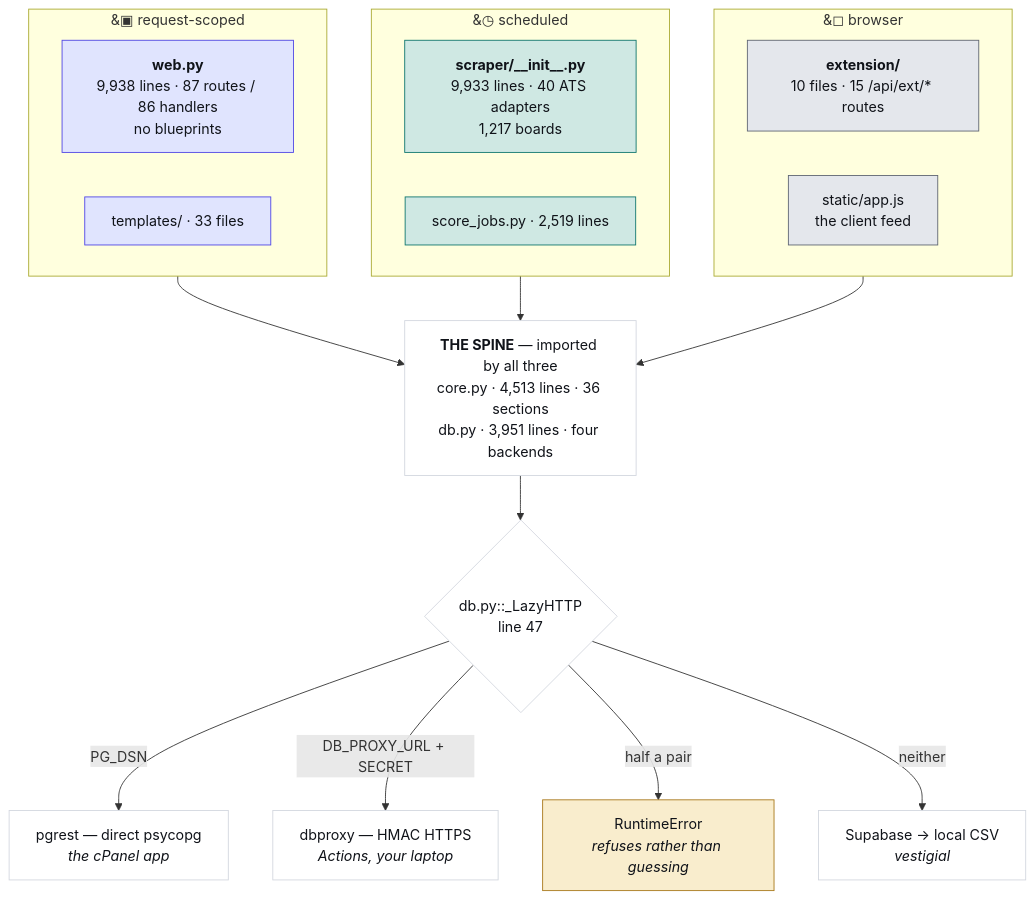
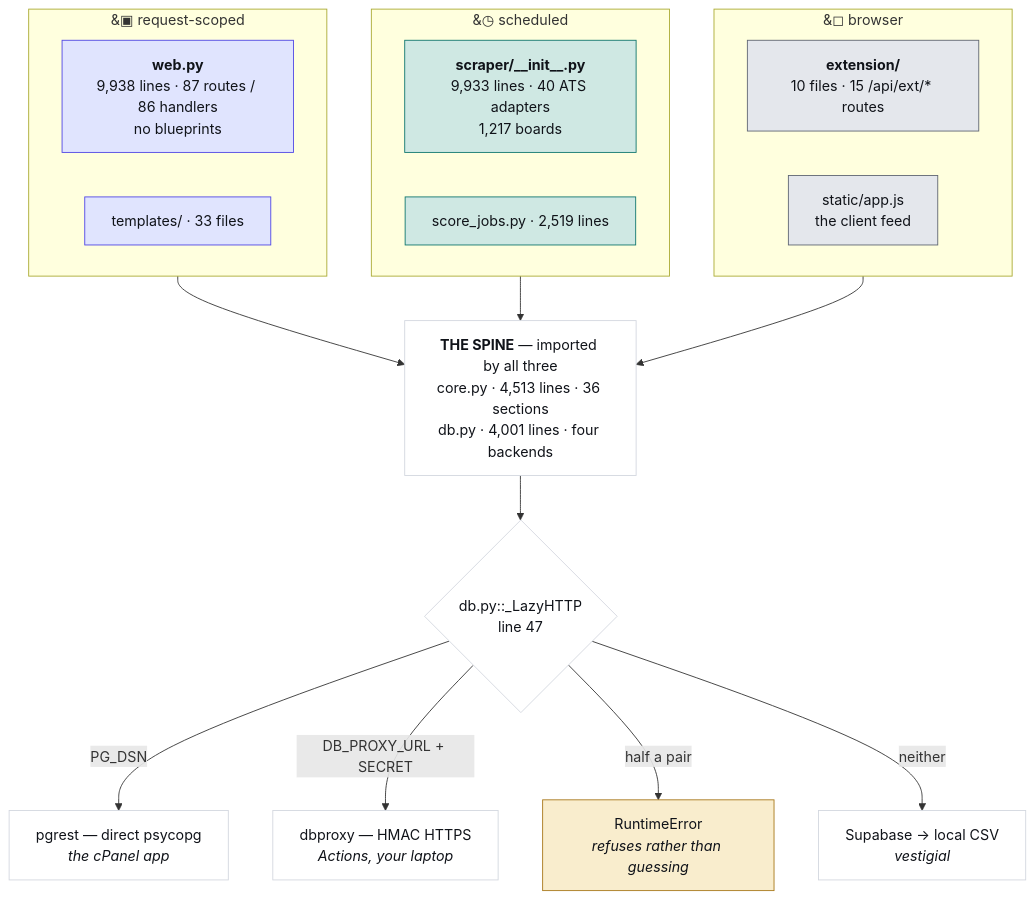
One commit to hadakunal909-debug/job-search-tool changed the first of 4 diagrams in JobMatch Scraper/docs/ARCHITECTURE.md. Above: the diagram before and after it, drawn with Mermaid. The commit also changed 11 other files, not shown here.

````diff
--- a/JobMatch Scraper/docs/ARCHITECTURE.md
+++ b/JobMatch Scraper/docs/ARCHITECTURE.md
@@ -45,34 +45,34 @@
 ```mermaid
 flowchart TB
   subgraph REQ["&#9635; request-scoped"]
     W["<b>web.py</b><br/>9,938 lines · 87 routes / 86 handlers<br/>no blueprints"]
     T["templates/ · 33 files"]
   end
   subgraph SCH["&#9719; scheduled"]
     S["<b>scraper/__init__.py</b><br/>9,933 lines · 40 ATS adapters<br/>1,217 boards"]
     J["score_jobs.py · 2,519 lines"]
   end
   subgraph CLI["&#9723; browser"]
     E["<b>extension/</b><br/>10 files · 15 /api/ext/* routes"]
     A["static/app.js<br/>the client feed"]
   end
-  SPINE["<b>THE SPINE</b> — imported by all three<br/>core.py · 4,513 lines · 36 sections<br/>db.py · 3,951 lines · four backends"]
+  SPINE["<b>THE SPINE</b> — imported by all three<br/>core.py · 4,513 lines · 36 sections<br/>db.py · 4,001 lines · four backends"]
   REQ --> SPINE
   SCH --> SPINE
   CLI --> SPINE
   SPINE --> D{"db.py::_LazyHTTP<br/>line 47"}
   D -->|"PG_DSN"| P["pgrest — direct psycopg<br/><i>the cPanel app</i>"]
   D -->|"DB_PROXY_URL + SECRET"| X["dbproxy — HMAC HTTPS<br/><i>Actions, your laptop</i>"]
   D -->|"half a pair"| R["RuntimeError<br/><i>refuses rather than guessing</i>"]
   D -->|"neither"| V["Supabase → local CSV<br/><i>vestigial</i>"]
   classDef web fill:#e0e4fe,stroke:#4f46e5,color:#101319
   classDef sched fill:#cfe8e3,stroke:#0f766e,color:#101319
   classDef client fill:#e4e7ec,stroke:#5f6573,color:#101319
   classDef trap fill:#f9edcd,stroke:#a8781a,color:#101319
   classDef plain fill:#ffffff,stroke:#d3d7df,color:#101319
   class W,T web
   class S,J sched
   class E,A client
   class R trap
   class SPINE,D,P,X,V plain
 ```
````
